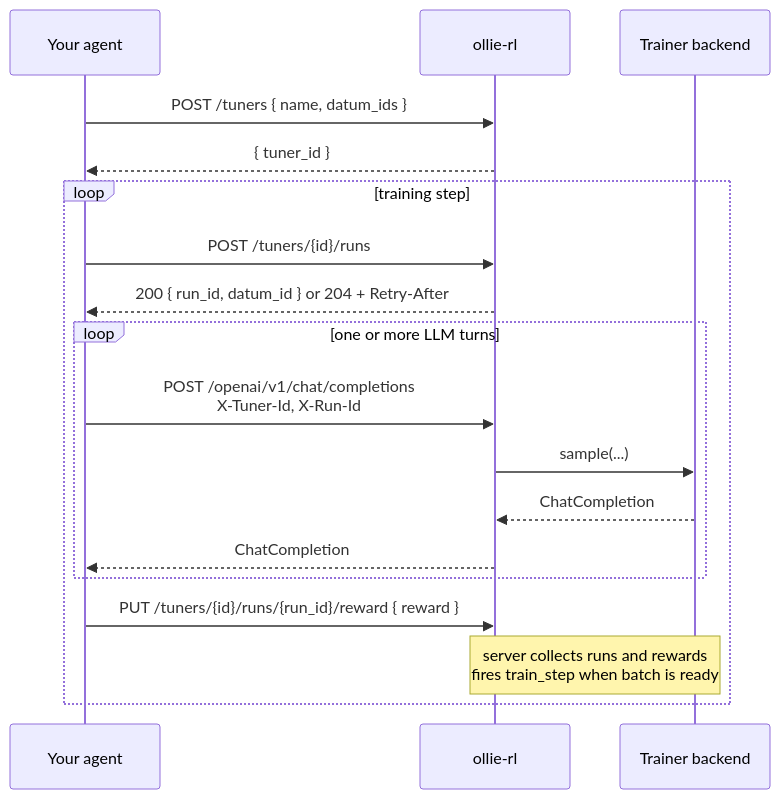
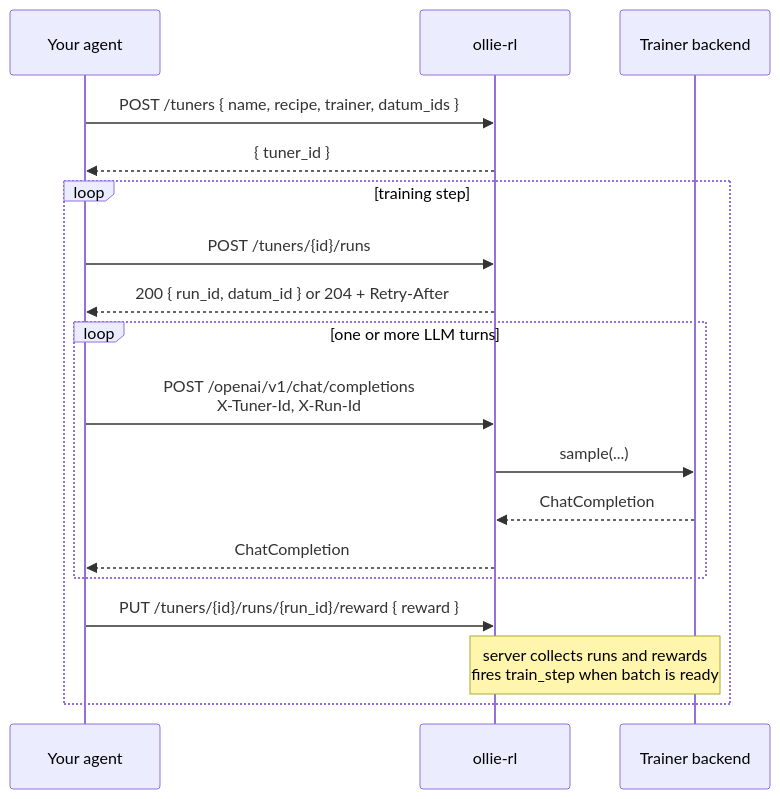
The diagram in README.md (wsxiaoys/ollie-rl), drawn with Mermaid before and after one commit. The commit also changed other lines of this file and 6 other files, not shown here.

Commit message:
feat: enhance tuner API with recipe and trainer parameters, add fake trainer implementation, and introduce integration tests

````diff
--- a/README.md
+++ b/README.md
@@ -103,22 +103,22 @@
 ```mermaid
 sequenceDiagram
     participant C as Your agent
     participant API as ollie-rl
     participant T as Trainer backend
 
-    C->>API: POST /tuners { name, datum_ids }
+    C->>API: POST /tuners { name, recipe, trainer, datum_ids }
     API-->>C: { tuner_id }
 
     loop training step
         C->>API: POST /tuners/{id}/runs
         API-->>C: 200 { run_id, datum_id }  or  204 + Retry-After
         loop one or more LLM turns
             C->>API: POST /openai/v1/chat/completions<br/>X-Tuner-Id, X-Run-Id
             API->>T: sample(...)
             T-->>API: ChatCompletion
             API-->>C: ChatCompletion
         end
         C->>API: PUT /tuners/{id}/runs/{run_id}/reward { reward }
         Note over API,T: server collects runs and rewards<br/>fires train_step when batch is ready
     end
 ```
````
